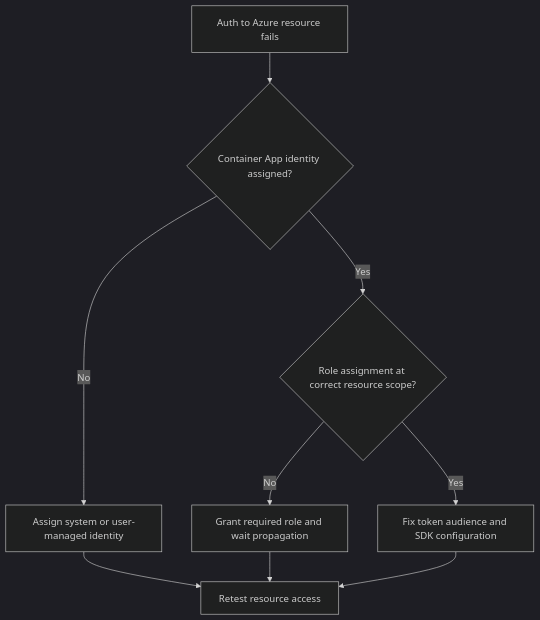
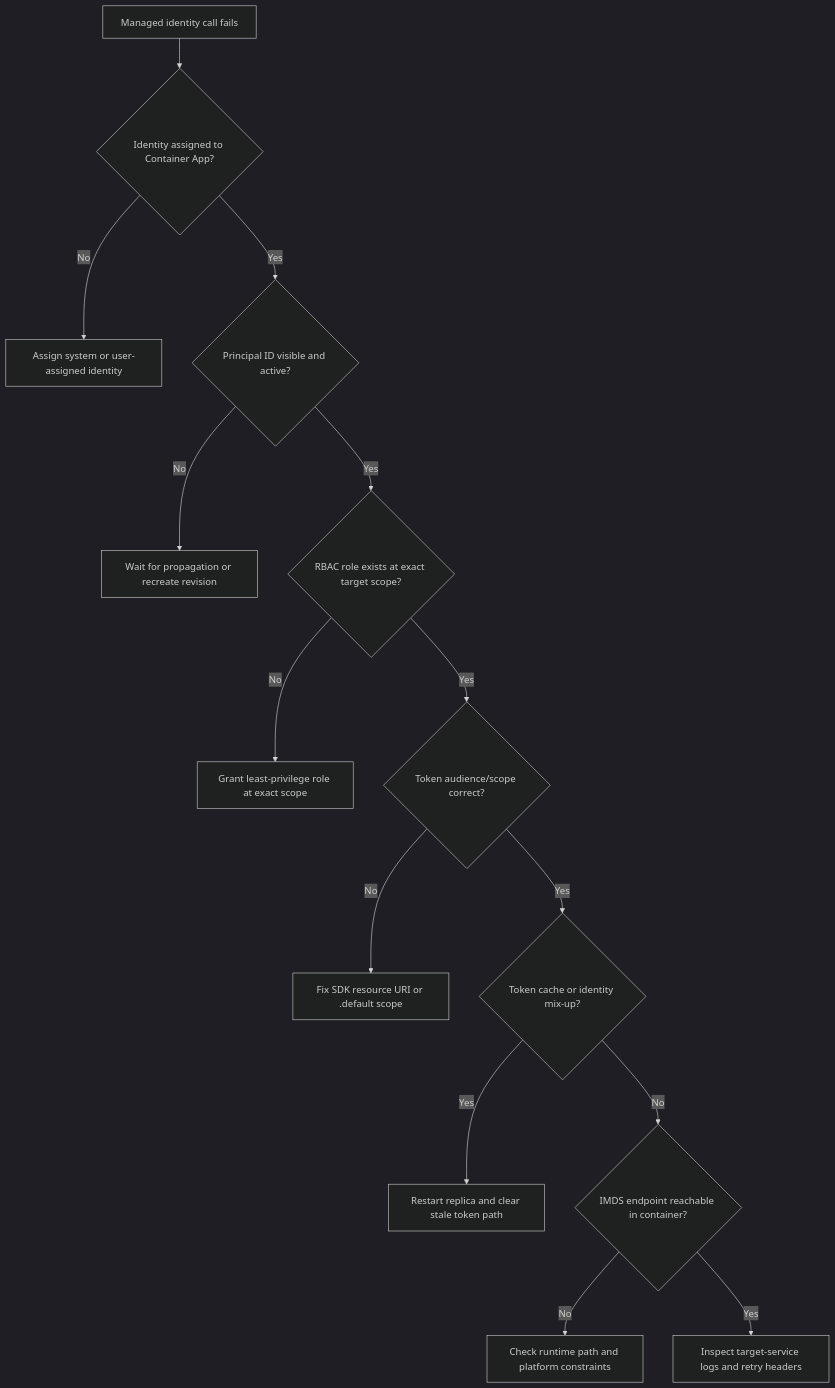
One commit to yeongseon/azure-container-apps-practical-guide changed the diagram in docs/troubleshooting/playbooks/identity-and-configuration/managed-identity-auth-failure.md. Above: the diagram before and after it, drawn with Mermaid (dark theme). The commit also changed other lines of this file and 22 other files, not shown here.

First line of the commit message:
docs: expand troubleshooting content to App Service guide level

````diff
--- a/docs/troubleshooting/playbooks/identity-and-configuration/managed-identity-auth-failure.md
+++ b/docs/troubleshooting/playbooks/identity-and-configuration/managed-identity-auth-failure.md
@@ -67,11 +19,16 @@
 ```mermaid
-flowchart TD
-    A[Auth to Azure resource fails] --> B{Container App identity assigned?}
-    B -->|No| C[Assign system or user-managed identity]
-    B -->|Yes| D{Role assignment at correct resource scope?}
-    D -->|No| E[Grant required role and wait propagation]
-    D -->|Yes| F[Fix token audience and SDK configuration]
-    C --> G[Retest resource access]
-    E --> G
-    F --> G
+graph TD
+    A[Managed identity call fails] --> B{Identity assigned to Container App?}
+    B -->|No| C[Assign system or user-assigned identity]
+    B -->|Yes| D{Principal ID visible and active?}
+    D -->|No| E[Wait for propagation or recreate revision]
+    D -->|Yes| F{RBAC role exists at exact target scope?}
+    F -->|No| G[Grant least-privilege role at exact scope]
+    F -->|Yes| H{Token audience/scope correct?}
+    H -->|No| I[Fix SDK resource URI or .default scope]
+    H -->|Yes| J{Token cache or identity mix-up?}
+    J -->|Yes| K[Restart replica and clear stale token path]
+    J -->|No| L{IMDS endpoint reachable in container?}
+    L -->|No| M[Check runtime path and platform constraints]
+    L -->|Yes| N[Inspect target-service logs and retry headers]
 ```
````
